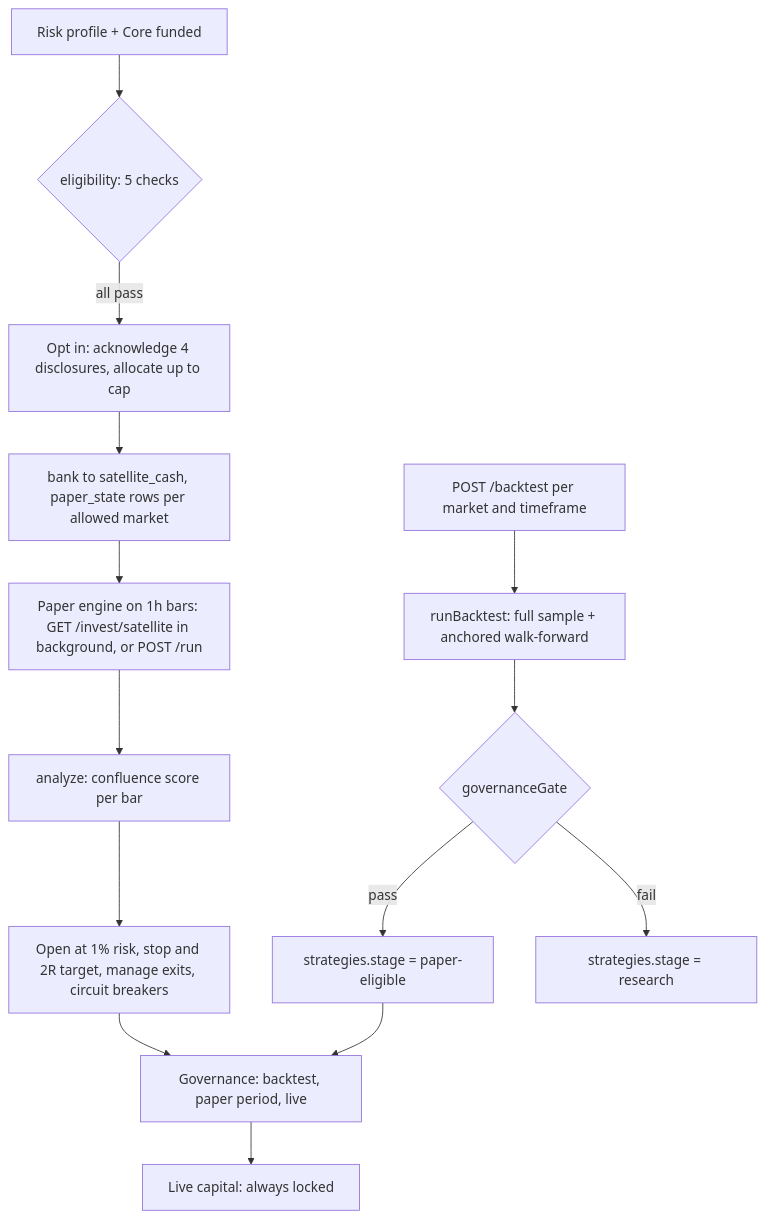
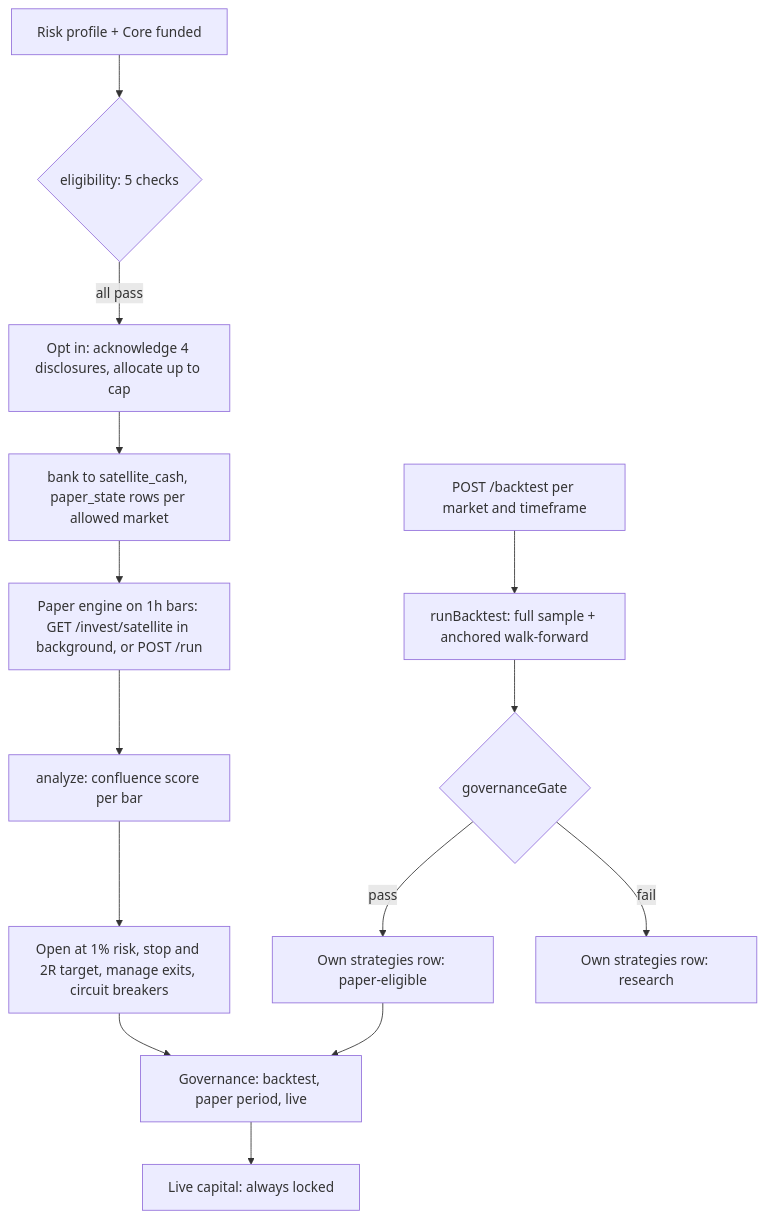
Before and after one commit to katabathunilohith/VaultWise: the diagram in docs/features/investing.md, drawn with Mermaid. The commit also changed other lines of this file and 48 other files, not shown here.

````diff
--- a/docs/features/investing.md
+++ b/docs/features/investing.md
@@ -30,16 +58,16 @@
 ```mermaid
 flowchart TD
   A[Risk profile + Core funded] --> B{eligibility: 5 checks}
   B -- all pass --> C[Opt in: acknowledge 4 disclosures, allocate up to cap]
   C --> D[bank to satellite_cash, paper_state rows per allowed market]
   D --> E[Paper engine on 1h bars: GET /invest/satellite in background, or POST /run]
   E --> F[analyze: confluence score per bar]
   F --> G[Open at 1% risk, stop and 2R target, manage exits, circuit breakers]
   H[POST /backtest per market and timeframe] --> I[runBacktest: full sample + anchored walk-forward]
   I --> J{governanceGate}
-  J -- pass --> K[strategies.stage = paper-eligible]
-  J -- fail --> L[strategies.stage = research]
+  J -- pass --> K["Own strategies row: paper-eligible"]
+  J -- fail --> L["Own strategies row: research"]
   K --> M[Governance: backtest, paper period, live]
   G --> M
   M --> N[Live capital: always locked]
 ```
````
